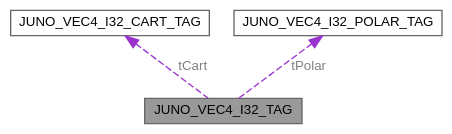
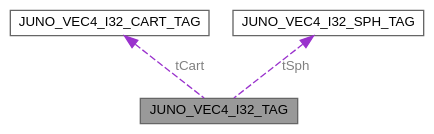
Before and after one commit to robinonsay/libjuno: the diagram in unionJUNO__VEC4__I32__TAG__coll__graph.dot, drawn with Graphviz. The commit also changed 241 other files, not shown here.

```diff
--- a/unionJUNO__VEC4__I32__TAG__coll__graph.dot
+++ b/unionJUNO__VEC4__I32__TAG__coll__graph.dot
@@ -1,12 +1,12 @@
 digraph "JUNO_VEC4_I32_TAG"
 {
  // LATEX_PDF_SIZE
   bgcolor="transparent";
   edge [fontname=Helvetica,fontsize=10,labelfontname=Helvetica,labelfontsize=10];
   node [fontname=Helvetica,fontsize=10,shape=box,height=0.2,width=0.4];
   Node1 [id="Node000001",label="JUNO_VEC4_I32_TAG",height=0.2,width=0.4,color="gray40", fillcolor="grey60", style="filled", fontcolor="black",tooltip="4D vector union supporting Cartesian, hyperspherical, and array access (32-bit integer)."];
   Node2 -> Node1 [id="edge1_Node000001_Node000002",dir="back",color="darkorchid3",style="dashed",tooltip=" ",label=" tCart",fontcolor="grey" ];
   Node2 [id="Node000002",label="JUNO_VEC4_I32_CART_TAG",height=0.2,width=0.4,color="gray40", fillcolor="white", style="filled",URL="$structJUNO__VEC4__I32__CART__TAG.html",tooltip="4D vector in Cartesian coordinates (32-bit integer)."];
-  Node3 -> Node1 [id="edge2_Node000001_Node000003",dir="back",color="darkorchid3",style="dashed",tooltip=" ",label=" tPolar",fontcolor="grey" ];
-  Node3 [id="Node000003",label="JUNO_VEC4_I32_POLAR_TAG",height=0.2,width=0.4,color="gray40", fillcolor="white", style="filled",URL="$structJUNO__VEC4__I32__POLAR__TAG.html",tooltip="4D vector in hyperspherical coordinates (32-bit integer)."];
+  Node3 -> Node1 [id="edge2_Node000001_Node000003",dir="back",color="darkorchid3",style="dashed",tooltip=" ",label=" tSph",fontcolor="grey" ];
+  Node3 [id="Node000003",label="JUNO_VEC4_I32_SPH_TAG",height=0.2,width=0.4,color="gray40", fillcolor="white", style="filled",URL="$structJUNO__VEC4__I32__SPH__TAG.html",tooltip="4D vector in hyperspherical coordinates (32-bit integer)."];
 }
```
